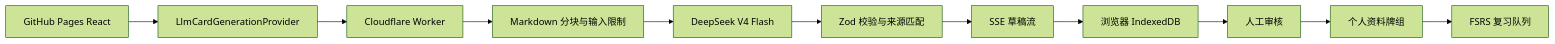
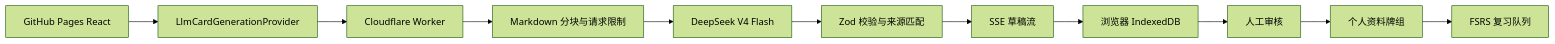
Before and after one commit to qixiang0530-dot/RecallStack: the diagram in README.md, drawn with Mermaid (forest theme). The commit also changed other lines of this file and 14 other files, not shown here.

````diff
--- a/README.md
+++ b/README.md
@@ -30,13 +62,13 @@
 ```mermaid
 flowchart LR
   A[GitHub Pages React] --> B[LlmCardGenerationProvider]
   B --> C[Cloudflare Worker]
-  C --> D[Markdown 分块与输入限制]
+  C --> D[Markdown 分块与请求限制]
   D --> E[DeepSeek V4 Flash]
   E --> F[Zod 校验与来源匹配]
   F --> G[SSE 草稿流]
   G --> H[浏览器 IndexedDB]
   H --> I[人工审核]
   I --> J[个人资料牌组]
   J --> K[FSRS 复习队列]
 ```
````
